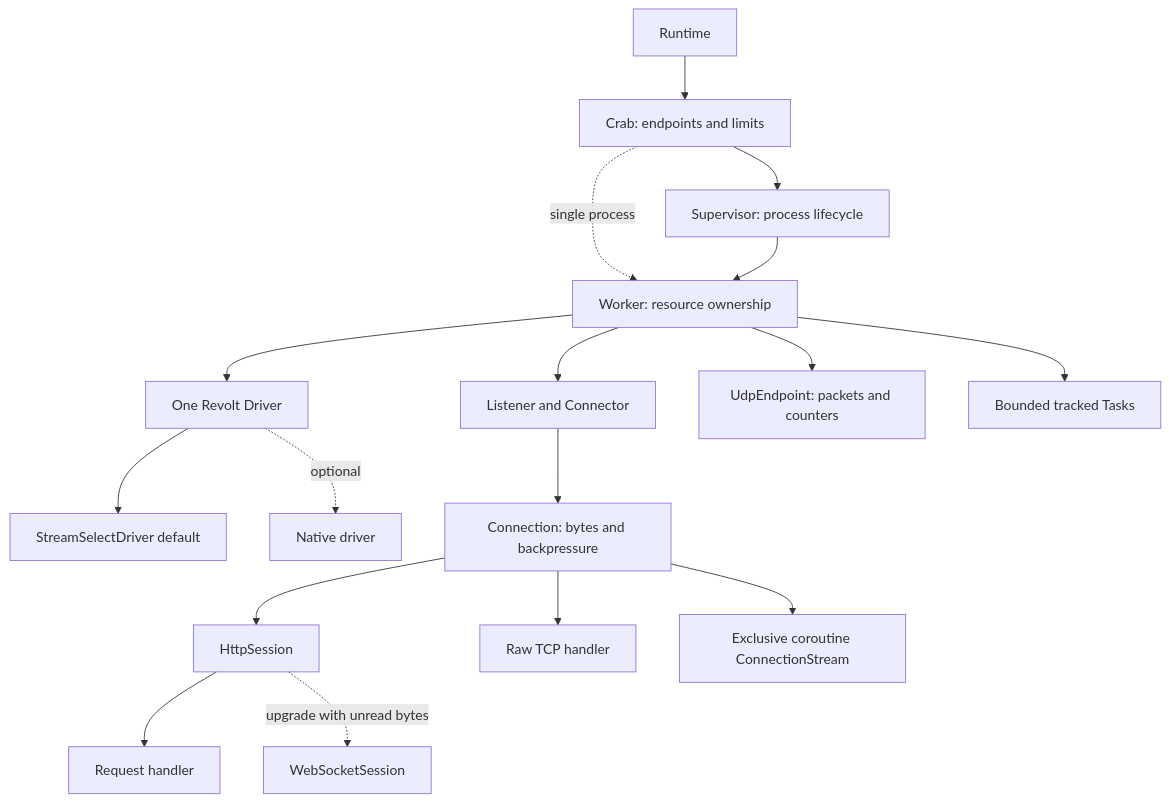
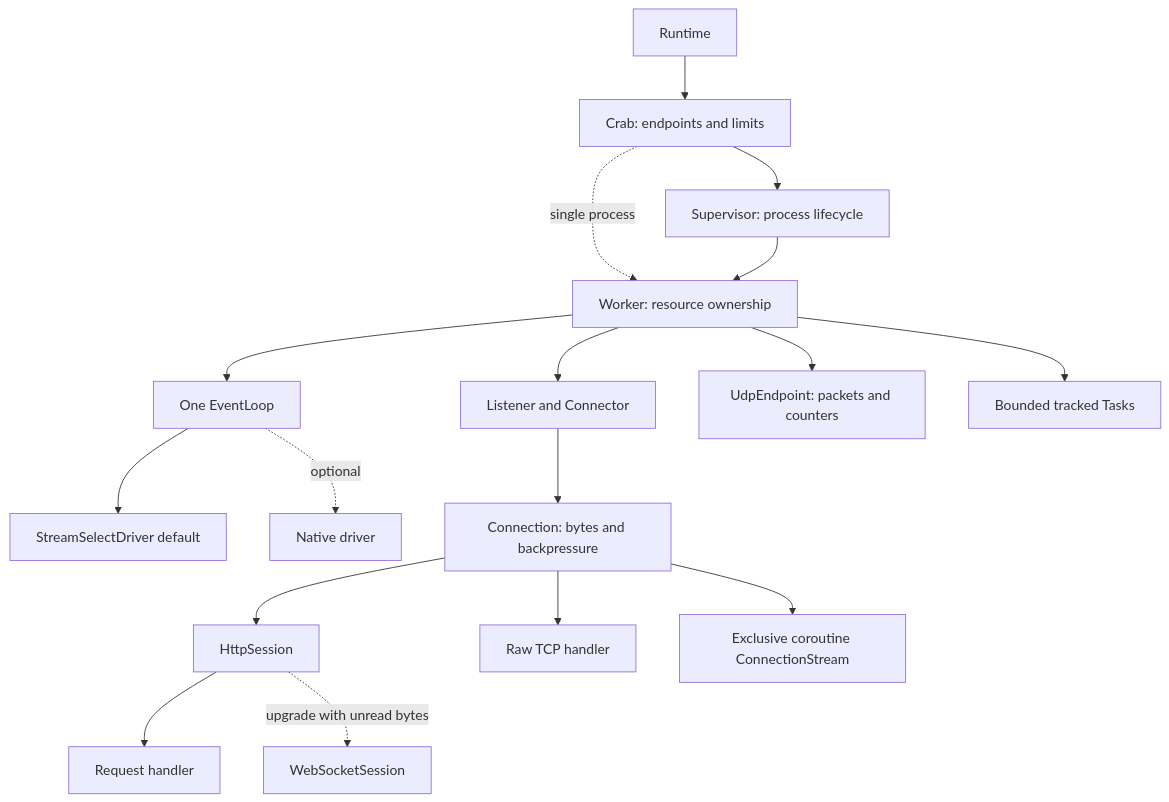
One commit to crabphp/framework changed the diagram in src/Engine/ARCHITECTURE.md. Above: the diagram before and after it, drawn with Mermaid. The commit also changed other lines of this file and 31 other files, not shown here.

```diff
--- a/src/Engine/ARCHITECTURE.md
+++ b/src/Engine/ARCHITECTURE.md
@@ -13,19 +13,19 @@
 ~~~mermaid
 flowchart TD
     R[Runtime] --> G[Crab: endpoints and limits]
     G --> S[Supervisor: process lifecycle]
     G -. single process .-> W[Worker: resource ownership]
     S --> W
-    W --> D[One Revolt Driver]
+    W --> D[One EventLoop]
     D --> SD[StreamSelectDriver default]
     D -. optional .-> ND[Native driver]
     W --> L[Listener and Connector]
     L --> C[Connection: bytes and backpressure]
     W --> U[UdpEndpoint: packets and counters]
     C --> H[HttpSession]
     H --> HA[Request handler]
     H -. upgrade with unread bytes .-> WS[WebSocketSession]
     C --> RAW[Raw TCP handler]
     C --> CS[Exclusive coroutine ConnectionStream]
     W --> T[Bounded tracked Tasks]
 ~~~
```
